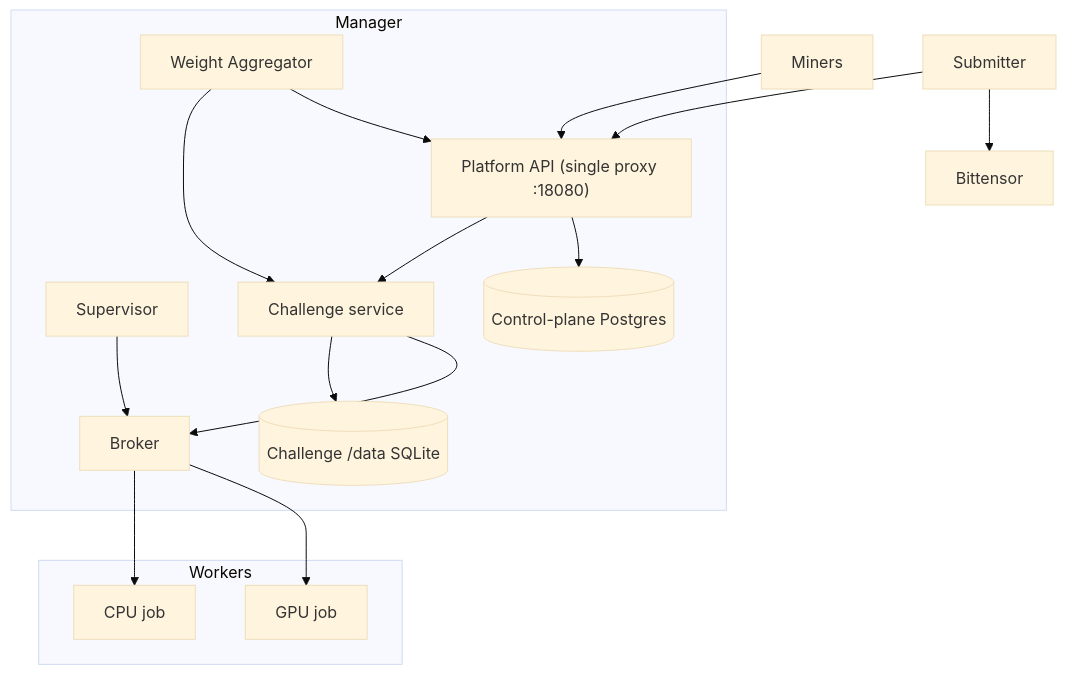
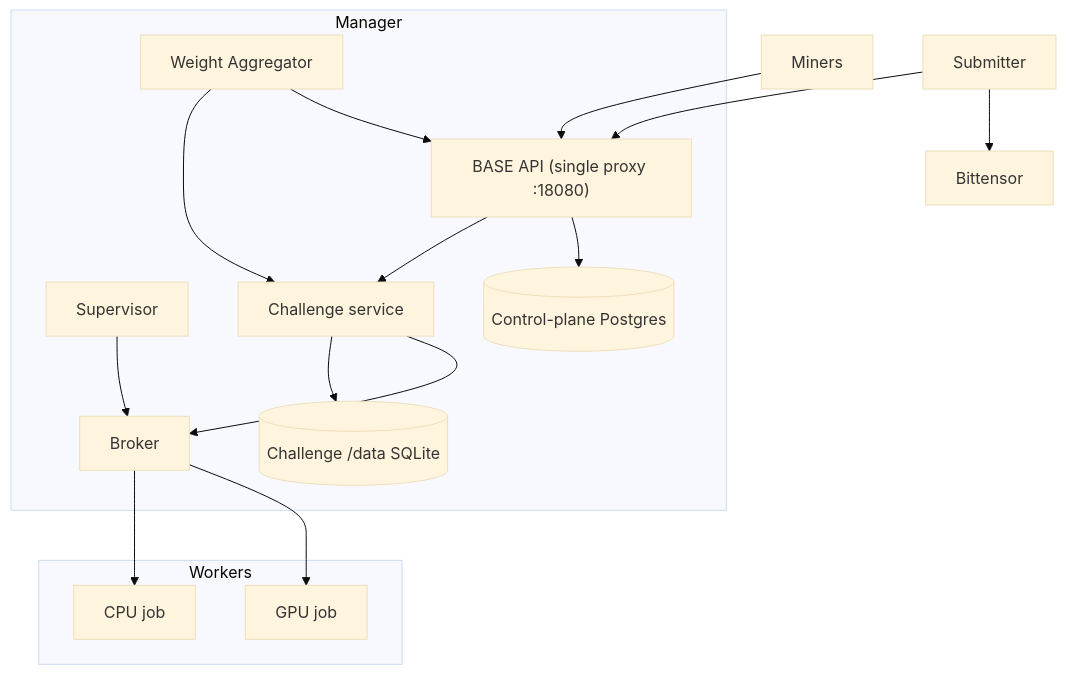
The diagram in docs/architecture.md (BaseIntelligence/base), drawn with Mermaid (base theme) before and after one commit. The commit also changed other lines of this file and 255 other files, not shown here.

First line of the commit message:
refactor!: rebrand platform-network to base across code and infra

````diff
--- a/docs/architecture.md
+++ b/docs/architecture.md
@@ -7,28 +7,28 @@
 ```mermaid
 flowchart TB
     subgraph MGR[Manager]
-      P["Platform API (single proxy :18080)"]
+      P["BASE API (single proxy :18080)"]
       B[Broker]
       S[Supervisor]
       G[Weight Aggregator]
       C1[Challenge service]
       DB[(Control-plane Postgres)]
       DATA[(Challenge /data SQLite)]
     end
     subgraph WRK[Workers]
       J1[CPU job]
       J2[GPU job]
     end
     U[Miners] --> P
     P --> C1
     C1 --> DATA
     C1 --> B
     B --> J1
     B --> J2
     S --> B
     P --> DB
     G --> C1
     G --> P
     SUB[Submitter] --> P
     SUB --> BT[Bittensor]
 ```
````
